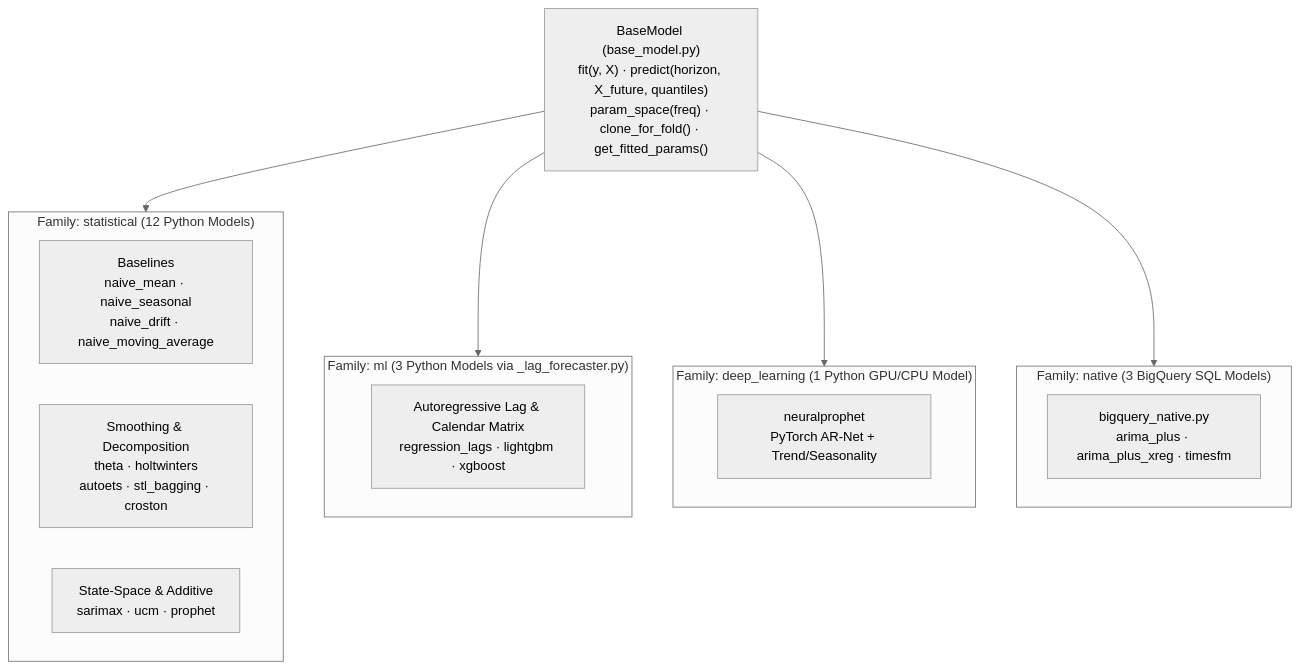
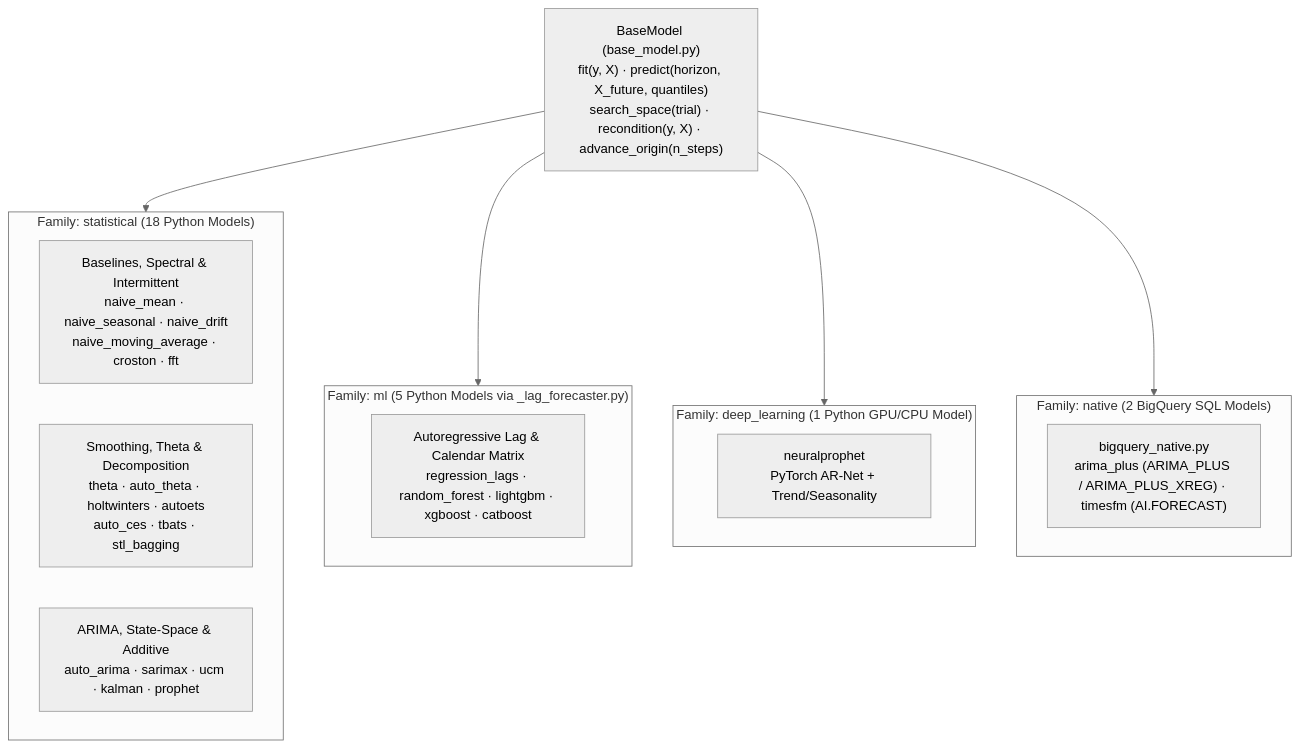
One commit to statmike/scale-forecasting changed the diagram in src/scale_forecasting/models/README.md. Above: the diagram before and after it, drawn with Mermaid (neutral theme). The commit also changed other lines of this file and 52 other files, not shown here.

````diff
--- a/src/scale_forecasting/models/README.md
+++ b/src/scale_forecasting/models/README.md
@@ -7,24 +7,24 @@
 ```mermaid
 flowchart TB
-    base["BaseModel (base_model.py)<br/>fit(y, X) · predict(horizon, X_future, quantiles)<br/>param_space(freq) · clone_for_fold() · get_fitted_params()"]
+    base["BaseModel (base_model.py)<br/>fit(y, X) · predict(horizon, X_future, quantiles)<br/>search_space(trial) · recondition(y, X) · advance_origin(n_steps)"]
 
-    subgraph stat["Family: statistical (12 Python Models)"]
-        naive["Baselines<br/>naive_mean · naive_seasonal<br/>naive_drift · naive_moving_average"]
-        ets["Smoothing & Decomposition<br/>theta · holtwinters<br/>autoets · stl_bagging · croston"]
-        ss["State-Space & Additive<br/>sarimax · ucm · prophet"]
+    subgraph stat["Family: statistical (18 Python Models)"]
+        naive["Baselines, Spectral & Intermittent<br/>naive_mean · naive_seasonal · naive_drift<br/>naive_moving_average · croston · fft"]
+        ets["Smoothing, Theta & Decomposition<br/>theta · auto_theta · holtwinters · autoets<br/>auto_ces · tbats · stl_bagging"]
+        ss["ARIMA, State-Space & Additive<br/>auto_arima · sarimax · ucm · kalman · prophet"]
     end
 
-    subgraph ml["Family: ml (3 Python Models via _lag_forecaster.py)"]
-        lag["Autoregressive Lag & Calendar Matrix<br/>regression_lags · lightgbm · xgboost"]
+    subgraph ml["Family: ml (5 Python Models via _lag_forecaster.py)"]
+        lag["Autoregressive Lag & Calendar Matrix<br/>regression_lags · random_forest · lightgbm · xgboost · catboost"]
     end
 
     subgraph dl["Family: deep_learning (1 Python GPU/CPU Model)"]
         np["neuralprophet<br/>PyTorch AR-Net + Trend/Seasonality"]
     end
 
-    subgraph nat["Family: native (3 BigQuery SQL Models)"]
-        bq["bigquery_native.py<br/>arima_plus · arima_plus_xreg · timesfm"]
+    subgraph nat["Family: native (2 BigQuery SQL Models)"]
+        bq["bigquery_native.py<br/>arima_plus (ARIMA_PLUS / ARIMA_PLUS_XREG) · timesfm (AI.FORECAST)"]
     end
 
     base --> stat & ml & dl & nat
 ```
````
